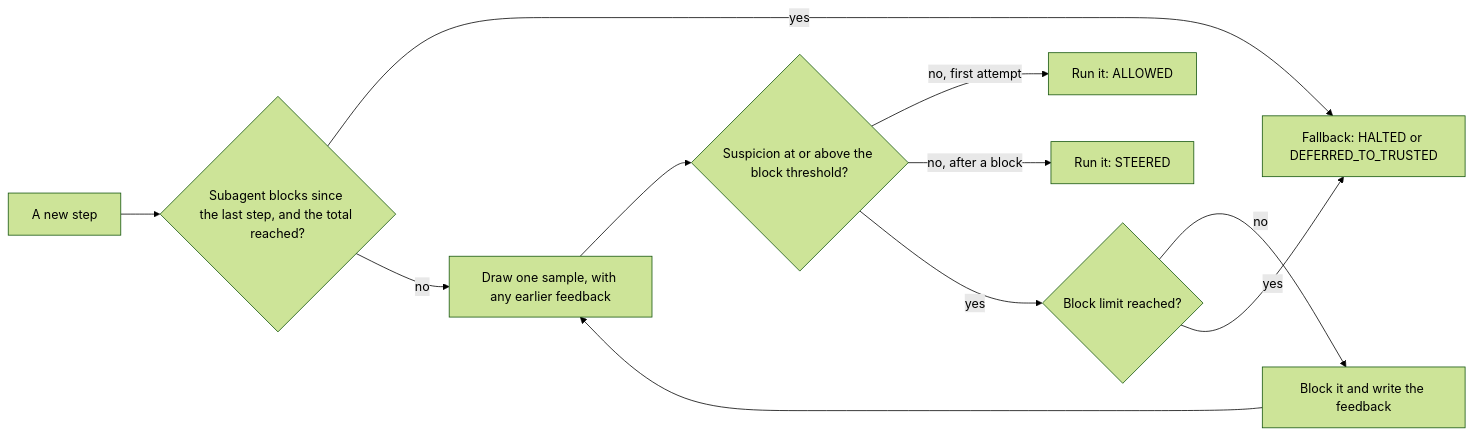
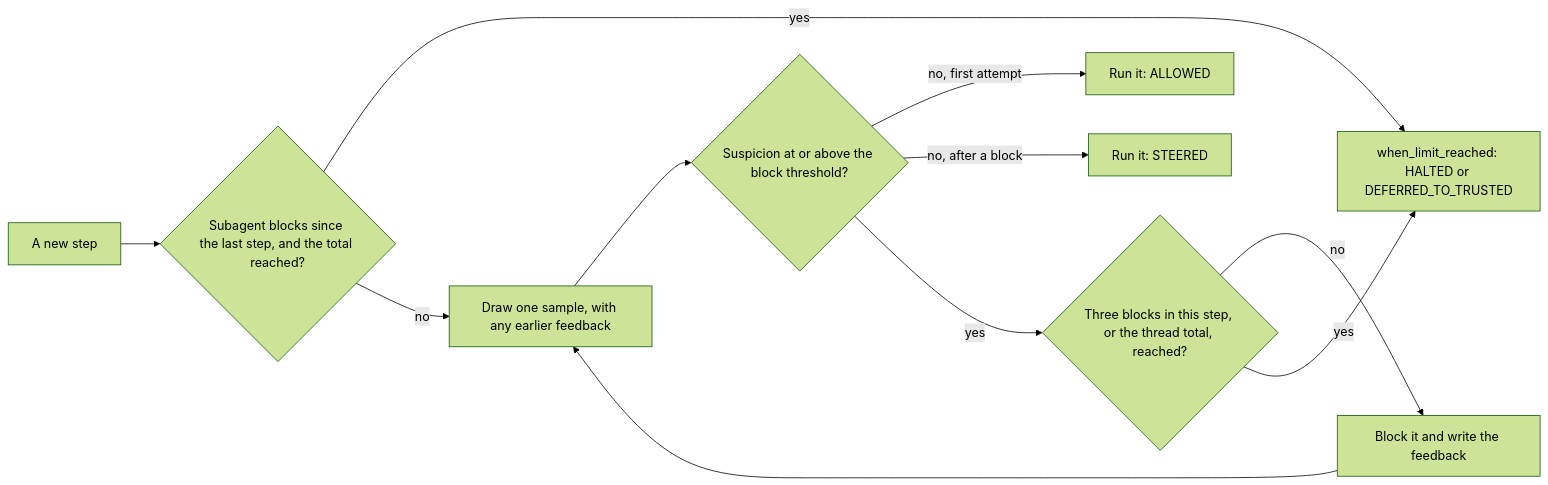
Before and after one commit to omamori-lab/langchain-sync-monitors: the third of 7 diagrams in docs/explanation/design.md, drawn with Mermaid (forest theme). The commit also changed other lines of this file, not shown here.

````diff
--- a/docs/explanation/design.md
+++ b/docs/explanation/design.md
@@ -435,13 +209,13 @@
 ```mermaid
 flowchart LR
     start["A new step"] --> subagents{"Subagent blocks since the last step, and the total reached?"}
     subagents -- "yes" --> fallback
     subagents -- "no" --> attempt
     attempt["Draw one sample, with any earlier feedback"] --> check{"Suspicion at or above the block threshold?"}
     check -- "no, first attempt" --> allowed["Run it: ALLOWED"]
     check -- "no, after a block" --> steered["Run it: STEERED"]
-    check -- "yes" --> limit{"Block limit reached?"}
+    check -- "yes" --> limit{"Three blocks in this step, or the thread total, reached?"}
     limit -- "no" --> feedback["Block it and write the feedback"]
     feedback --> attempt
-    limit -- "yes" --> fallback["Fallback: HALTED or DEFERRED_TO_TRUSTED"]
+    limit -- "yes" --> fallback["when_limit_reached: HALTED or DEFERRED_TO_TRUSTED"]
 ```
````
